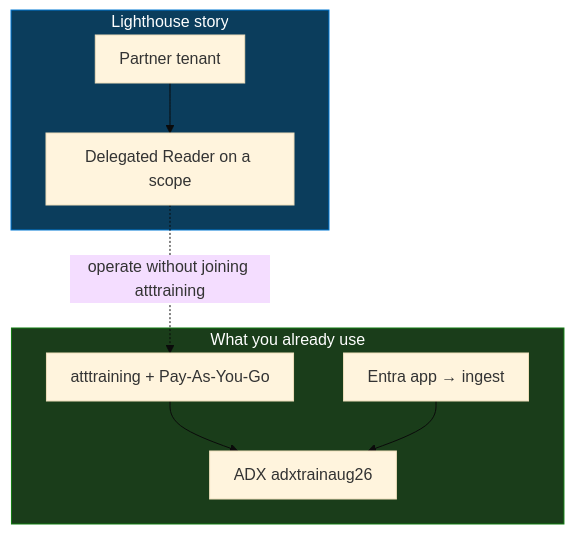
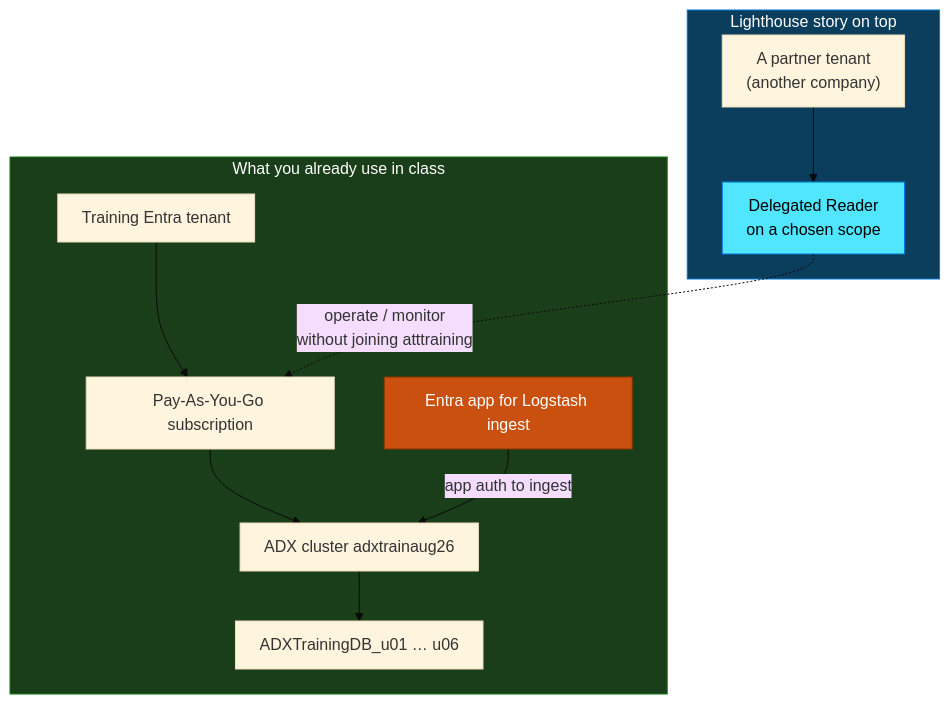
One commit to atingupta2005/adx-aws-training-aug-26 changed the ninth of 10 diagrams in Module_09_Azure_Lighthouse/09_Azure_Lighthouse_Concepts.md. Above: the diagram before and after it, drawn with Mermaid. The commit also changed other lines of this file, not shown here.

````diff
--- a/Module_09_Azure_Lighthouse/09_Azure_Lighthouse_Concepts.md
+++ b/Module_09_Azure_Lighthouse/09_Azure_Lighthouse_Concepts.md
@@ -157,18 +286,23 @@
 ```mermaid
 %%{init: {"theme":"base","flowchart":{"htmlLabels":true,"padding":12}}}%%
 flowchart TB
-  subgraph TODAY["What you already use"]
-    T["atttraining + Pay-As-You-Go"]
-    ADX["ADX adxtrainaug26"]
-    APP["Entra app → ingest"]
-    T --> ADX
-    APP --> ADX
+  subgraph TODAY["What you already use in class"]
+    T["Training Entra tenant"]
+    PAY["Pay-As-You-Go subscription"]
+    ADX["ADX cluster adxtrainaug26"]
+    DB["ADXTrainingDB_u01 … u06"]
+    APP["Entra app for Logstash ingest"]
+    T --> PAY --> ADX --> DB
+    APP -->|"app auth to ingest"| ADX
   end
-  subgraph STORY["Lighthouse story"]
-    MSP["Partner tenant"]
-    LH["Delegated Reader on a scope"]
-    MSP --> LH -.->|"operate without joining atttraining"| T
+  subgraph STORY["Lighthouse story on top"]
+    MSP["A partner tenant<br/>(another company)"]
+    LH["Delegated Reader<br/>on a chosen scope"]
+    MSP --> LH
+    LH -.->|"operate / monitor<br/>without joining atttraining"| PAY
   end
   style TODAY fill:#1a3d1a,stroke:#107C10,color:#fff
   style STORY fill:#0b3d5c,stroke:#0078D4,color:#fff
+  style APP fill:#ca5010,stroke:#8a3700,color:#fff
+  style LH fill:#50e6ff,stroke:#0078D4,color:#000
 ```
````
